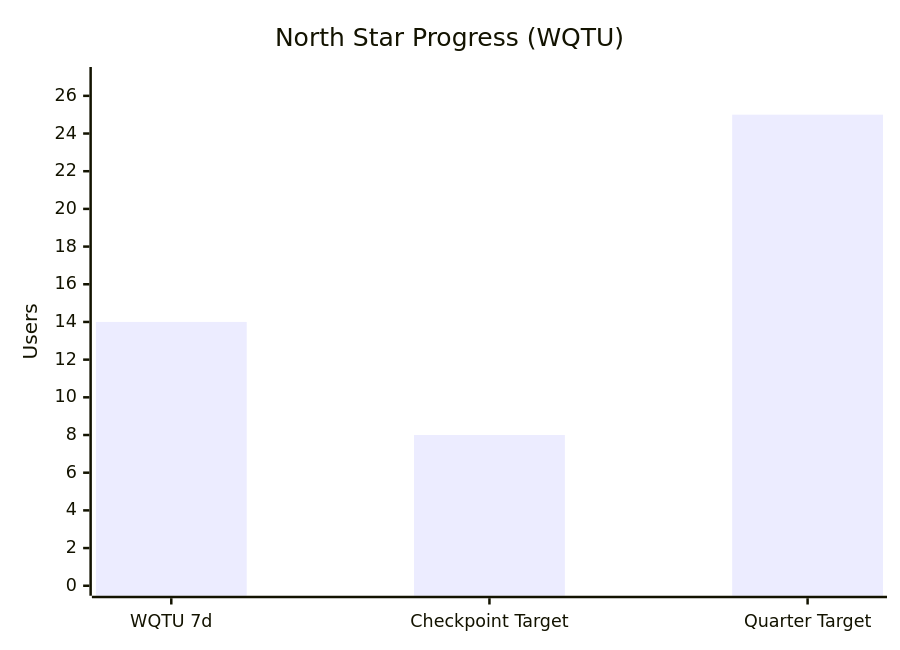
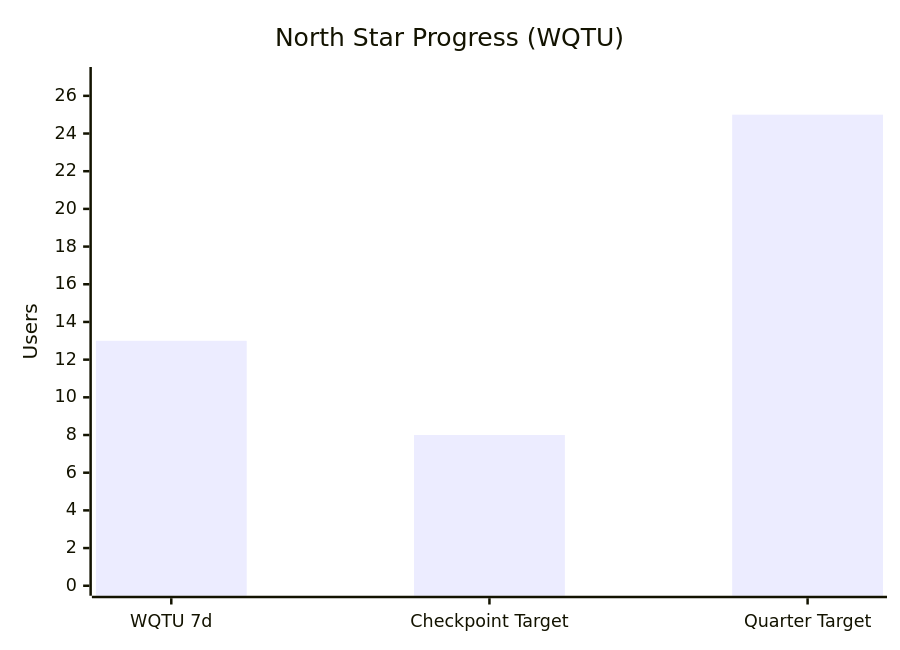
The second of 4 diagrams in wiki/Paid-Acquisition.md (IgorGanapolsky/Random-Timer), drawn with Mermaid before and after one commit. The commit also changed other lines of this file and 10 other files, not shown here.

````diff
--- a/wiki/Paid-Acquisition.md
+++ b/wiki/Paid-Acquisition.md
@@ -50,7 +50,7 @@
 ```mermaid
 xychart-beta
     title "North Star Progress (WQTU)"
     x-axis ["WQTU 7d" , "Checkpoint Target" , "Quarter Target"]
     y-axis "Users" 0 --> 27
-    bar [14 , 8 , 25]
+    bar [13 , 8 , 25]
 ```
````
